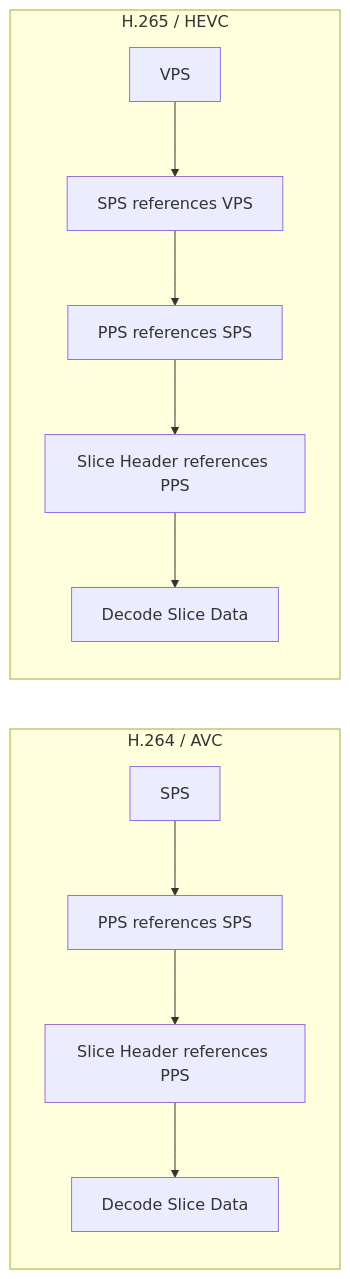
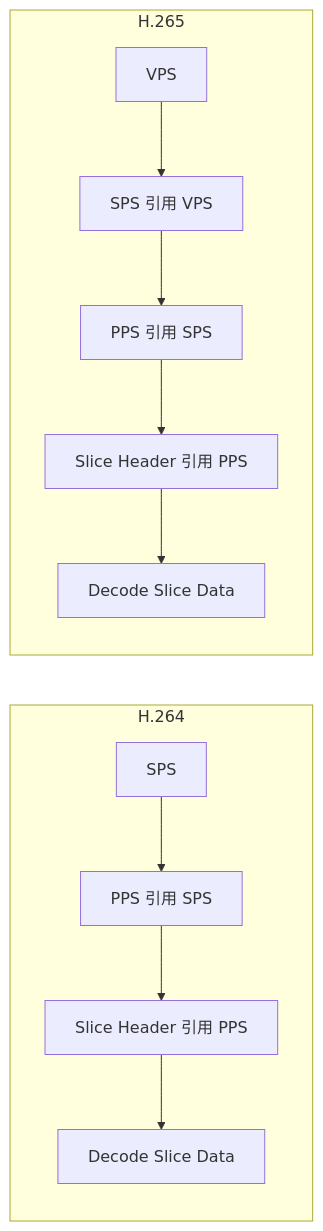
One commit to flycodeu/FlyCodeCenter changed the fifth of 9 diagrams in src/content/tutorial/ffmpeg/08-H264-H265-Bitstream.md. Above: the diagram before and after it, drawn with Mermaid. The commit also changed other lines of this file and 1 other file, not shown here.

````diff
--- a/src/content/tutorial/ffmpeg/08-H264-H265-Bitstream.md
+++ b/src/content/tutorial/ffmpeg/08-H264-H265-Bitstream.md
@@ -215,14 +252,15 @@
 ```mermaid
 flowchart LR
-  subgraph AVC[H.264 / AVC]
-    S1[SPS] --> P1[PPS references SPS]
-    P1 --> H1[Slice Header references PPS]
-    H1 --> D1[Decode Slice Data]
+  subgraph H264[H.264]
+    S1[SPS] --> P1[PPS 引用 SPS]
+    P1 --> SH1[Slice Header 引用 PPS]
+    SH1 --> D1[Decode Slice Data]
   end
-  subgraph HEVC[H.265 / HEVC]
-    V2[VPS] --> S2[SPS references VPS]
-    S2 --> P2[PPS references SPS]
-    P2 --> H2[Slice Header references PPS]
-    H2 --> D2[Decode Slice Data]
+
+  subgraph H265[H.265]
+    V2[VPS] --> S2[SPS 引用 VPS]
+    S2 --> P2[PPS 引用 SPS]
+    P2 --> SH2[Slice Header 引用 PPS]
+    SH2 --> D2[Decode Slice Data]
   end
 ```
````
